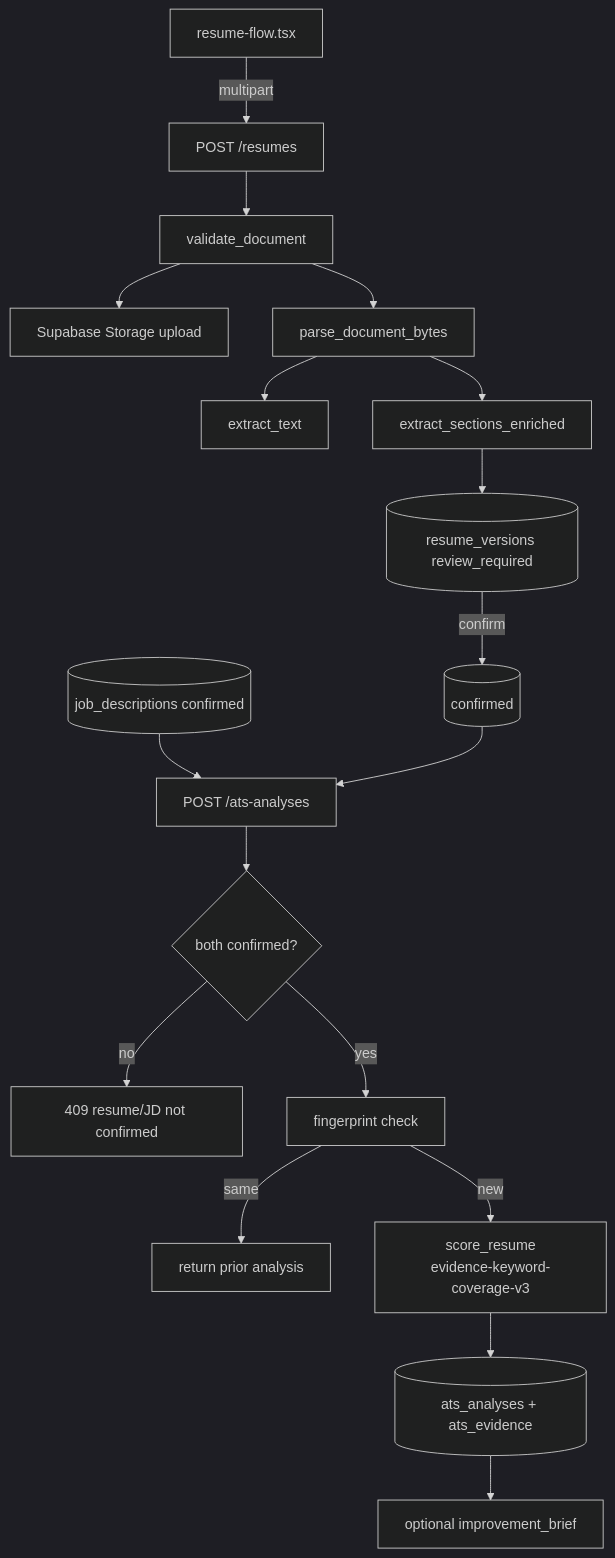
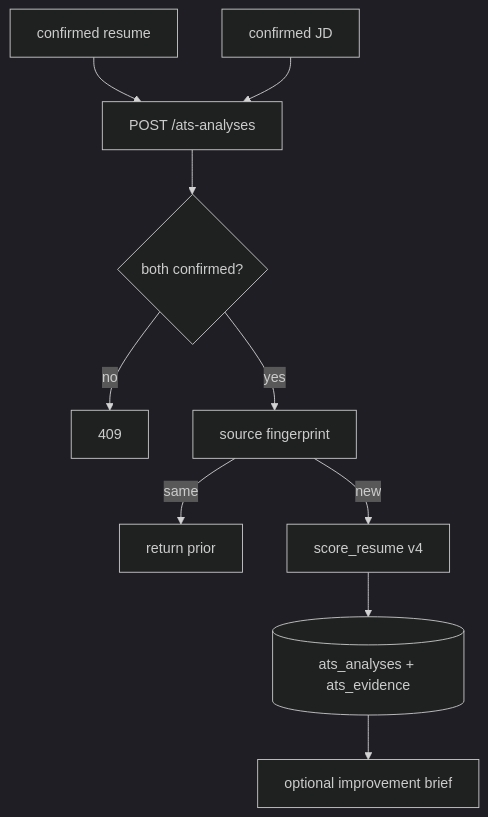
The fourth of 8 diagrams in docs/DOCUMENTATION.md (RonakkudalAI/AI-Career-Copilot), drawn with Mermaid (dark theme) before and after one commit. The commit also changed other lines of this file and 28 other files, not shown here.

````diff
--- a/docs/DOCUMENTATION.md
+++ b/docs/DOCUMENTATION.md
@@ -1153,20 +900,12 @@
 ```mermaid
 flowchart TB
-  UI["resume-flow.tsx"] -->|multipart| R["POST /resumes"]
-  R --> V["validate_document"]
-  V --> U["Supabase Storage upload"]
-  V --> P["parse_document_bytes"]
-  P --> T["extract_text"]
-  P --> S["extract_sections_enriched"]
-  S --> RV[("resume_versions review_required")]
-  RV -->|confirm| CF[("confirmed")]
-  JD[("job_descriptions confirmed")] --> ATS
-  CF --> ATS["POST /ats-analyses"]
+  CF[confirmed resume] --> ATS[POST /ats-analyses]
+  JD[confirmed JD] --> ATS
   ATS --> GATE{both confirmed?}
-  GATE -->|no| E409[409 resume/JD not confirmed]
-  GATE -->|yes| FP[fingerprint check]
-  FP -->|same| PREV[return prior analysis]
-  FP -->|new| SC["score_resume<br/>evidence-keyword-coverage-v3"]
-  SC --> AE[("ats_analyses + ats_evidence")]
-  AE --> BR["optional improvement_brief"]
+  GATE -->|no| E409[409]
+  GATE -->|yes| FP[source fingerprint]
+  FP -->|same| PREV[return prior]
+  FP -->|new| SC[score_resume v4]
+  SC --> AE[(ats_analyses + ats_evidence)]
+  AE --> BR[optional improvement brief]
 ```
````
